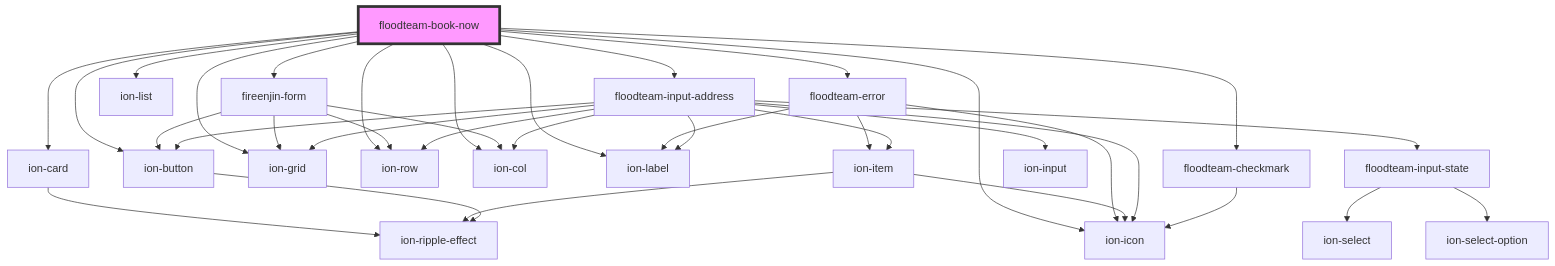
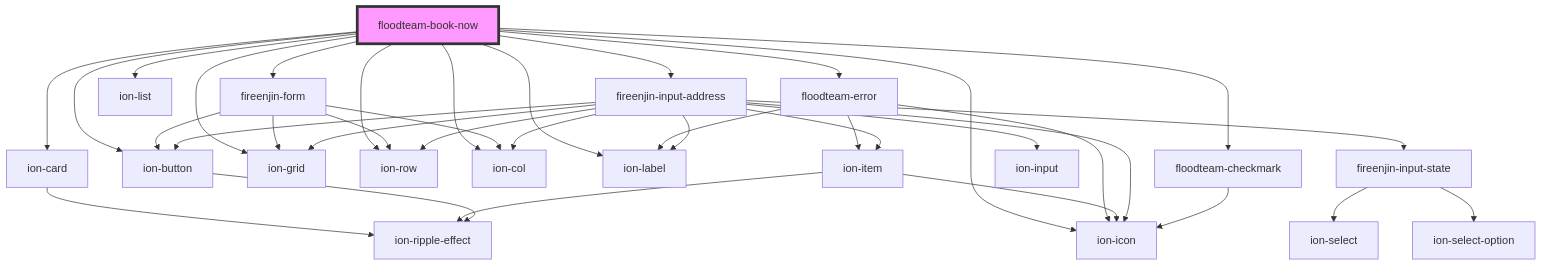
One commit to FloodTeam/components changed the diagram in src/components/book-now/readme.md. Above: the diagram before and after it, drawn with Mermaid. The commit also changed other lines of this file and 38 other files, not shown here.

````diff
--- a/src/components/book-now/readme.md
+++ b/src/components/book-now/readme.md
@@ -43,39 +42,39 @@
 ```mermaid
 graph TD;
   floodteam-book-now --> ion-card
   floodteam-book-now --> floodteam-error
   floodteam-book-now --> fireenjin-form
   floodteam-book-now --> ion-list
-  floodteam-book-now --> floodteam-input-address
+  floodteam-book-now --> fireenjin-input-address
   floodteam-book-now --> floodteam-checkmark
   floodteam-book-now --> ion-grid
   floodteam-book-now --> ion-row
   floodteam-book-now --> ion-col
   floodteam-book-now --> ion-label
   floodteam-book-now --> ion-button
   floodteam-book-now --> ion-icon
   ion-card --> ion-ripple-effect
   floodteam-error --> ion-item
   floodteam-error --> ion-icon
   floodteam-error --> ion-label
   ion-item --> ion-icon
   ion-item --> ion-ripple-effect
   fireenjin-form --> ion-grid
   fireenjin-form --> ion-row
   fireenjin-form --> ion-col
   fireenjin-form --> ion-button
   ion-button --> ion-ripple-effect
-  floodteam-input-address --> ion-item
-  floodteam-input-address --> ion-label
-  floodteam-input-address --> ion-input
-  floodteam-input-address --> ion-grid
-  floodteam-input-address --> ion-row
-  floodteam-input-address --> ion-col
-  floodteam-input-address --> floodteam-input-state
-  floodteam-input-address --> ion-button
-  floodteam-input-address --> ion-icon
-  floodteam-input-state --> ion-select
-  floodteam-input-state --> ion-select-option
+  fireenjin-input-address --> ion-item
+  fireenjin-input-address --> ion-label
+  fireenjin-input-address --> ion-input
+  fireenjin-input-address --> ion-grid
+  fireenjin-input-address --> ion-row
+  fireenjin-input-address --> ion-col
+  fireenjin-input-address --> fireenjin-input-state
+  fireenjin-input-address --> ion-button
+  fireenjin-input-address --> ion-icon
+  fireenjin-input-state --> ion-select
+  fireenjin-input-state --> ion-select-option
   floodteam-checkmark --> ion-icon
   style floodteam-book-now fill:#f9f,stroke:#333,stroke-width:4px
 ```
````
